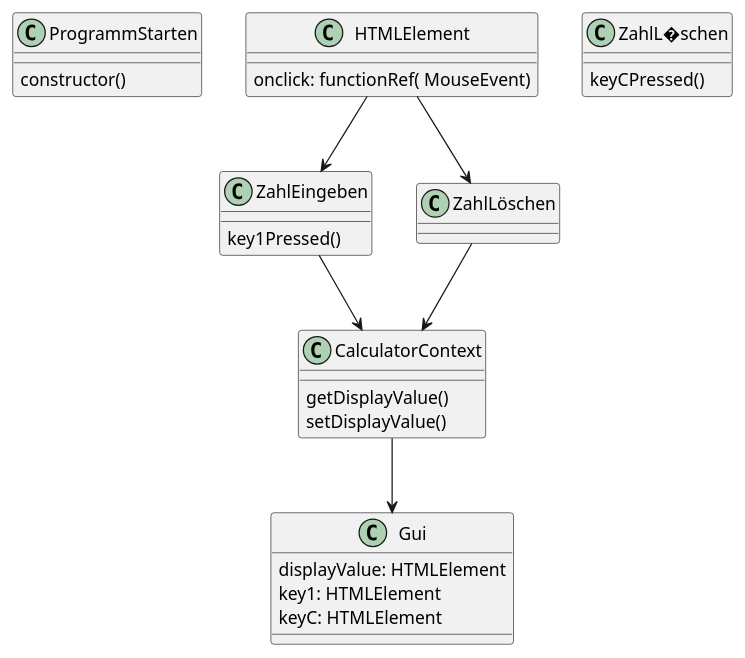
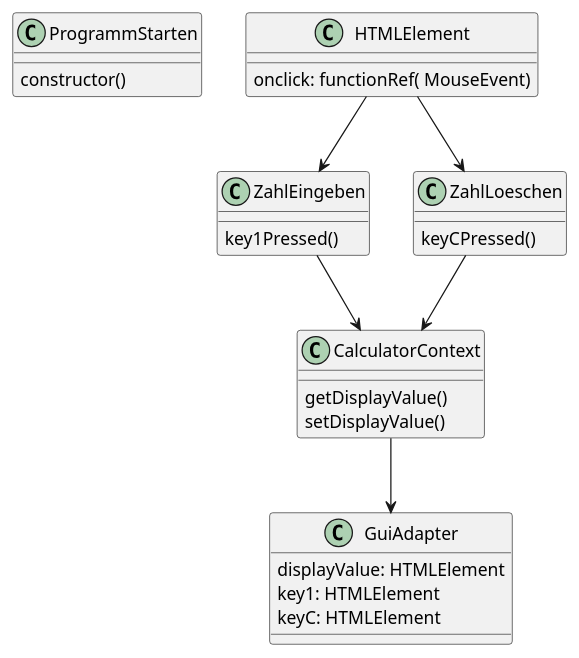
The diagram in puml/Klassendiagramm.puml (nicolas-00/Taschenrechner), drawn with PlantUML before and after one commit. The commit also changed 2 other files, not shown here.

Commit message:
Sequenz und Klassendiagramm

```diff
--- a/puml/Klassendiagramm.puml
+++ b/puml/Klassendiagramm.puml
@@ -1,32 +1,32 @@
 @startuml
 
 
 class ProgrammStarten{
 constructor()
 }
 class HTMLElement{
 onclick: functionRef( MouseEvent)
 }
 class ZahlEingeben{
 key1Pressed()
 }
-class ZahlL�schen{
+class ZahlLoeschen{
 keyCPressed()
 }
 class CalculatorContext{
 getDisplayValue()
 setDisplayValue()
 }
-class Gui{
+class GuiAdapter{
 displayValue: HTMLElement
 key1: HTMLElement
 keyC: HTMLElement
 }
 HTMLElement --> ZahlEingeben
-HTMLElement --> ZahlLöschen
+HTMLElement --> ZahlLoeschen
 ZahlEingeben --> CalculatorContext
-ZahlLöschen --> CalculatorContext
-CalculatorContext --> Gui
+ZahlLoeschen --> CalculatorContext
+CalculatorContext --> GuiAdapter
 
 
 @enduml
```
